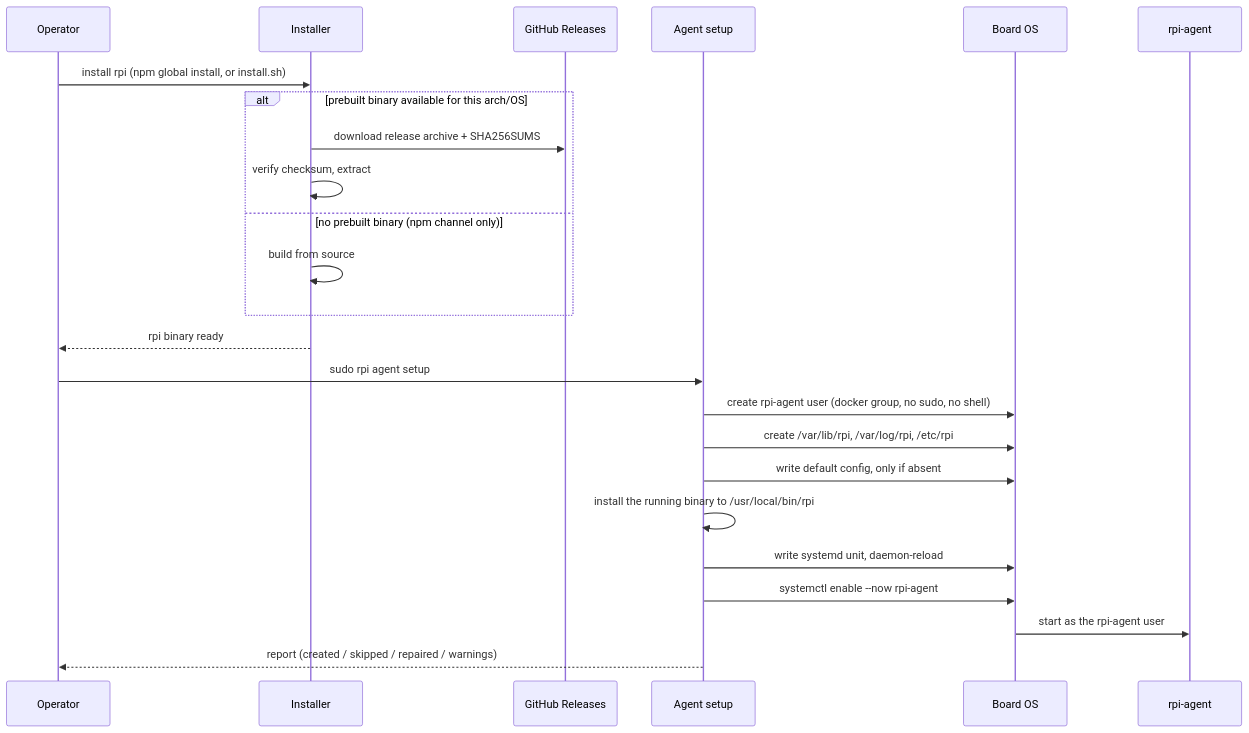
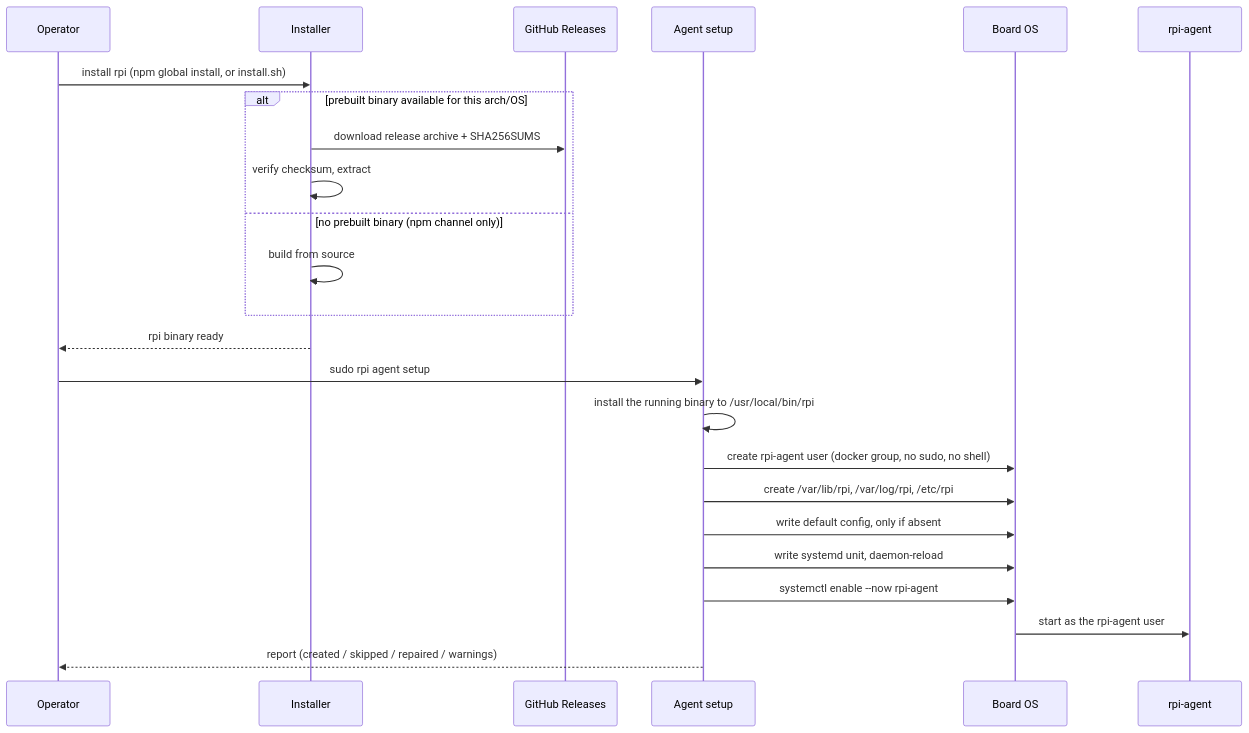
Before and after one commit to khmilevoi/rpi-deploy: the diagram in docs/architecture/flows/agent-setup.md, drawn with Mermaid. The commit also changed other lines of this file, not shown here.

Commit message:
docs(architecture): fix agent-setup self-install order

````diff
--- a/docs/architecture/flows/agent-setup.md
+++ b/docs/architecture/flows/agent-setup.md
@@ -11,29 +11,29 @@
 ```mermaid
 sequenceDiagram
     participant Operator
     participant Installer
     participant GH as GitHub Releases
     participant Setup as Agent setup
     participant OS as Board OS
     participant Agent as rpi-agent
 
     Operator->>Installer: install rpi (npm global install, or install.sh)
 
     alt prebuilt binary available for this arch/OS
         Installer->>GH: download release archive + SHA256SUMS
         Installer->>Installer: verify checksum, extract
     else no prebuilt binary (npm channel only)
         Installer->>Installer: build from source
     end
     Installer-->>Operator: rpi binary ready
 
     Operator->>Setup: sudo rpi agent setup
+    Setup->>Setup: install the running binary to /usr/local/bin/rpi
     Setup->>OS: create rpi-agent user (docker group, no sudo, no shell)
     Setup->>OS: create /var/lib/rpi, /var/log/rpi, /etc/rpi
     Setup->>OS: write default config, only if absent
-    Setup->>Setup: install the running binary to /usr/local/bin/rpi
     Setup->>OS: write systemd unit, daemon-reload
     Setup->>OS: systemctl enable --now rpi-agent
     OS->>Agent: start as the rpi-agent user
     Setup-->>Operator: report (created / skipped / repaired / warnings)
 ```
````
